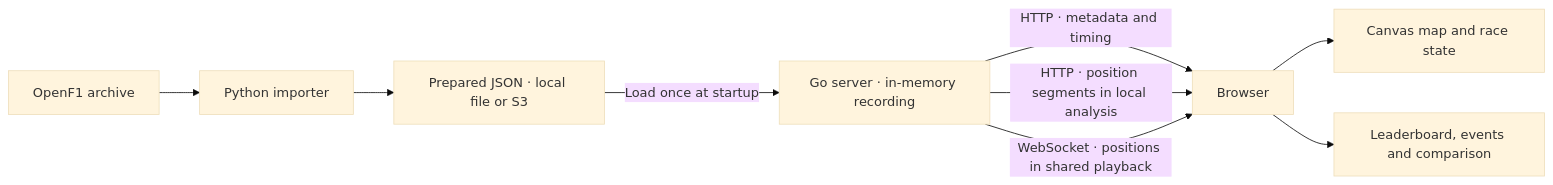
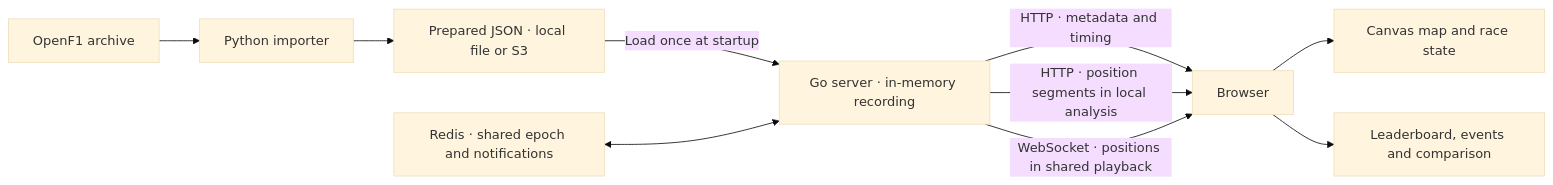
One commit to auscodes/f1-race-replay changed the diagram in PROJECT_GUIDE.md. Above: the diagram before and after it, drawn with Mermaid (base theme). The commit also changed other lines of this file and 4 other files, not shown here.

````diff
--- a/PROJECT_GUIDE.md
+++ b/PROJECT_GUIDE.md
@@ -15,11 +17,12 @@
 ```mermaid
 flowchart LR
     O["OpenF1 archive"] --> I["Python importer"]
     I --> F["Prepared JSON · local file or S3"]
     F -->|"Load once at startup"| G["Go server · in-memory recording"]
     G -->|"HTTP · metadata and timing"| B["Browser"]
     G -->|"HTTP · position segments in local analysis"| B
     G -->|"WebSocket · positions in shared playback"| B
+    R["Redis · shared epoch and notifications"] <--> G
     B --> M["Canvas map and race state"]
     B --> T["Leaderboard, events and comparison"]
 ```
````
